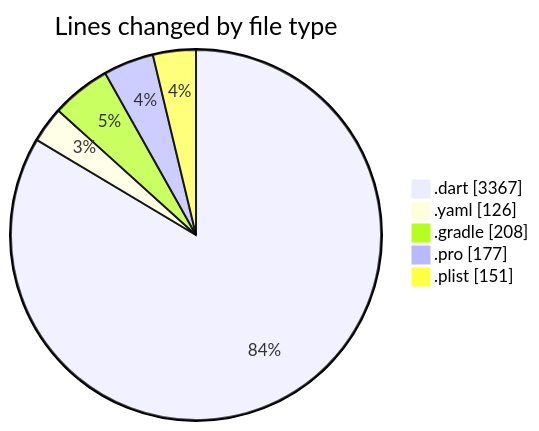
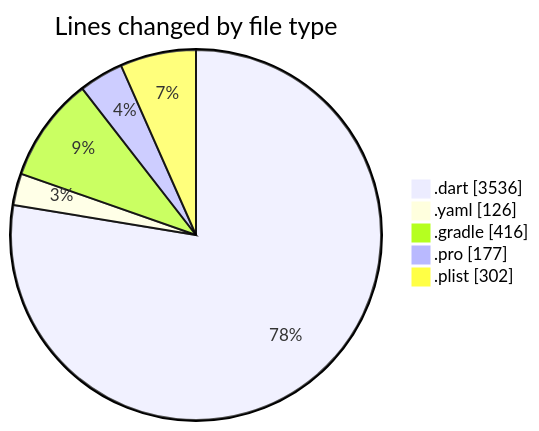
Before and after one commit to lephambinh05/code-tracking: the first of 2 diagrams in 2025-07-29/appproject/README.md, drawn with Mermaid. The commit also changed other lines of this file and 1 other file, not shown here.

````diff
--- a/2025-07-29/appproject/README.md
+++ b/2025-07-29/appproject/README.md
@@ -37,9 +37,9 @@
 ```mermaid
 pie showData
 title Lines changed by file type
-".dart" : 3367
+".dart" : 3536
 ".yaml" : 126
-".gradle" : 208
+".gradle" : 416
 ".pro" : 177
-".plist" : 151
+".plist" : 302
 ```
````
